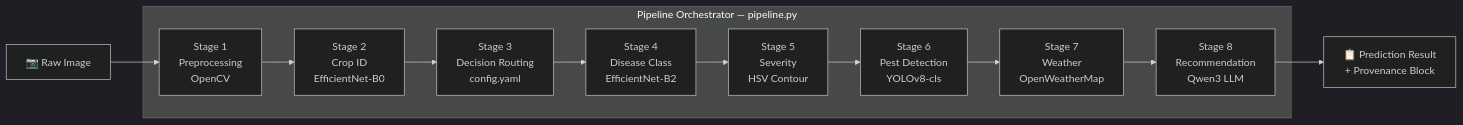
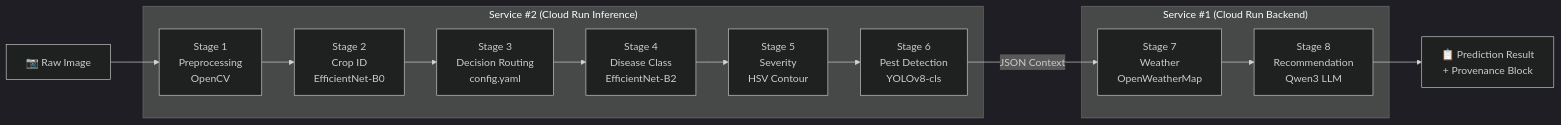
The third of 11 diagrams in Docs/Architecture.md (manthan2876/Smart-Farming), drawn with Mermaid (dark theme) before and after one commit. The commit also changed other lines of this file and 2 other files, not shown here.

Commit message:
docs: update architecture, deployment guide, and config reference for Cloud Run, GCS, and Vercel

````diff
--- a/Docs/Architecture.md
+++ b/Docs/Architecture.md
@@ -161,18 +170,22 @@
 ```mermaid
 flowchart LR
     IMG["📷 Raw Image"] --> S1
 
-    subgraph PIPE["Pipeline Orchestrator — pipeline.py"]
+    subgraph INF["Service #2 (Cloud Run Inference)"]
         S1["Stage 1\nPreprocessing\nOpenCV"]
         S2["Stage 2\nCrop ID\nEfficientNet-B0"]
         S3["Stage 3\nDecision Routing\nconfig.yaml"]
         S4["Stage 4\nDisease Class\nEfficientNet-B2"]
         S5["Stage 5\nSeverity\nHSV Contour"]
         S6["Stage 6\nPest Detection\nYOLOv8-cls"]
+    end
+
+    subgraph BK["Service #1 (Cloud Run Backend)"]
         S7["Stage 7\nWeather\nOpenWeatherMap"]
         S8["Stage 8\nRecommendation\nQwen3 LLM"]
     end
 
-    S1 --> S2 --> S3 --> S4 --> S5 --> S6 --> S7 --> S8
+    S1 --> S2 --> S3 --> S4 --> S5 --> S6
+    S6 -->|JSON Context| S7 --> S8
     S8 --> RES["📋 Prediction Result\n+ Provenance Block"]
 ```
````
